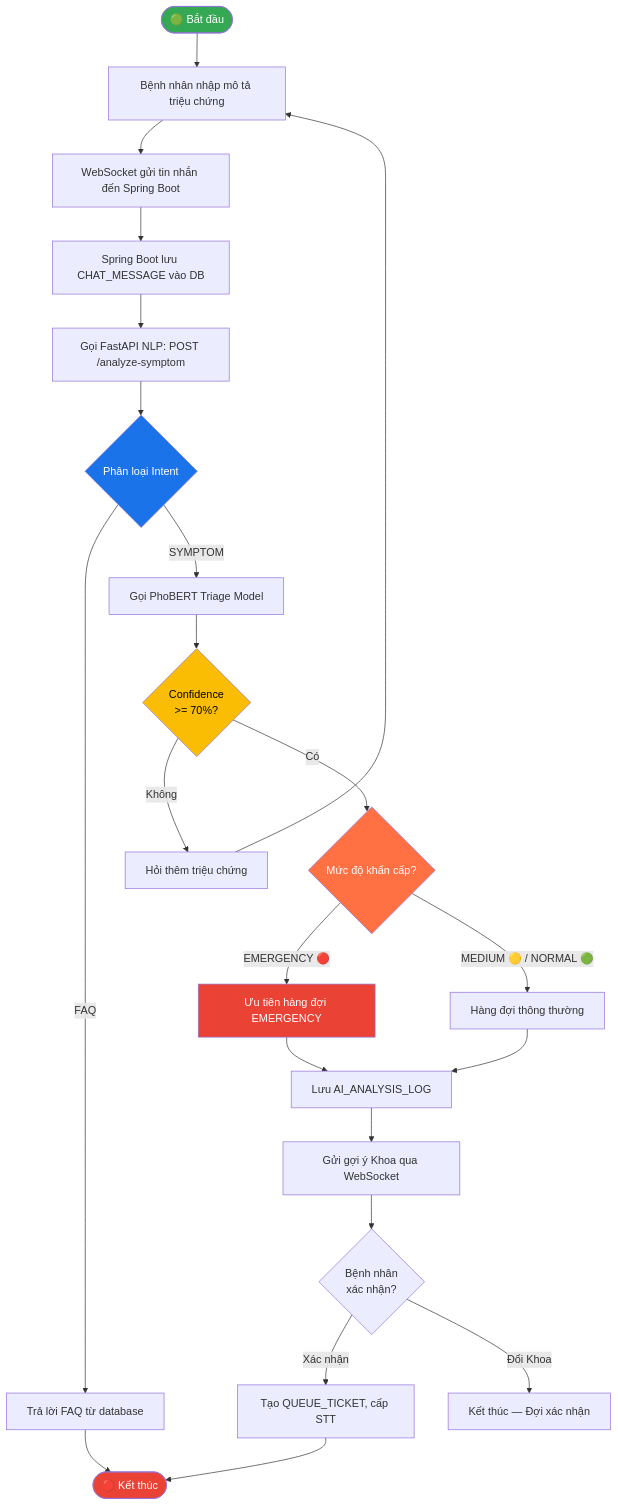
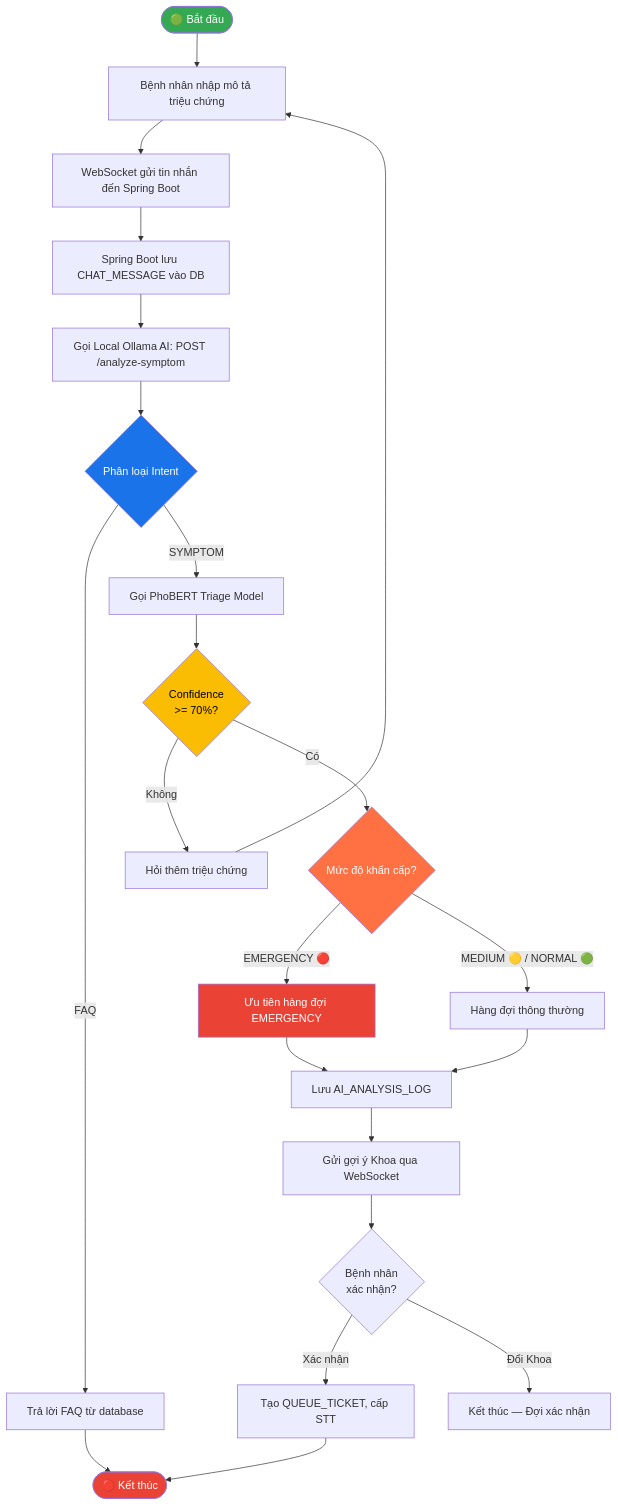
Before and after one commit to nguyng/DOANTRITUENHANTAO: the seventh of 18 diagrams in So_Do_Mermaid.md, drawn with Mermaid. The commit also changed other lines of this file and 9 other files, not shown here.

Commit message:
docs: update all markdown documentation and reports to reflect Local AI Ollama, CCCD login, BHYT match, and Two-Phase triage

````diff
--- a/So_Do_Mermaid.md
+++ b/So_Do_Mermaid.md
@@ -353,51 +353,51 @@
 ```mermaid
 flowchart TD
     START(["🟢 Bắt đầu"])
     A["Bệnh nhân nhập mô tả triệu chứng"]
     B["WebSocket gửi tin nhắn đến Spring Boot"]
     C["Spring Boot lưu CHAT_MESSAGE vào DB"]
-    D["Gọi FastAPI NLP: POST /analyze-symptom"]
+    D["Gọi Local Ollama AI: POST /analyze-symptom"]
     E{"Phân loại Intent"}
     F["Gọi PhoBERT Triage Model"]
     G["Trả lời FAQ từ database"]
     H{"Confidence\n>= 70%?"}
     I["Hỏi thêm triệu chứng"]
     J{"Mức độ khẩn cấp?"}
     K["Ưu tiên hàng đợi EMERGENCY"]
     L["Hàng đợi thông thường"]
     M["Lưu AI_ANALYSIS_LOG"]
     N["Gửi gợi ý Khoa qua WebSocket"]
     O{"Bệnh nhân\nxác nhận?"}
     P["Tạo QUEUE_TICKET, cấp STT"]
     Q["Kết thúc — Đợi xác nhận"]
     END(["🔴 Kết thúc"])
 
     START --> A
     A --> B
     B --> C
     C --> D
     D --> E
     E -->|"FAQ"| G
     E -->|"SYMPTOM"| F
     G --> END
     F --> H
     H -->|"Không"| I
     I --> A
     H -->|"Có"| J
     J -->|"EMERGENCY 🔴"| K
     J -->|"MEDIUM 🟡 / NORMAL 🟢"| L
     K --> M
     L --> M
     M --> N
     N --> O
     O -->|"Xác nhận"| P
     O -->|"Đổi Khoa"| Q
     P --> END
 
     style START fill:#34a853,color:#fff
     style END fill:#ea4335,color:#fff
     style E fill:#1a73e8,color:#fff
     style H fill:#fbbc04,color:#000
     style J fill:#ff7043,color:#fff
     style K fill:#ea4335,color:#fff
 ```
````
